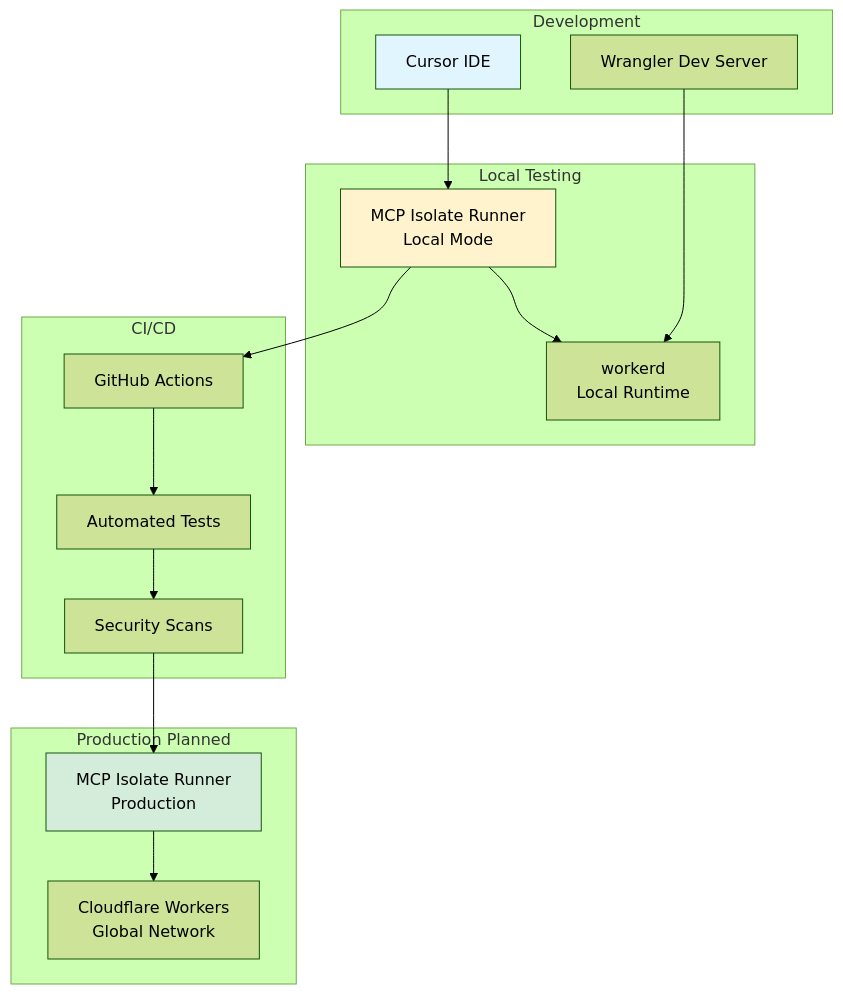
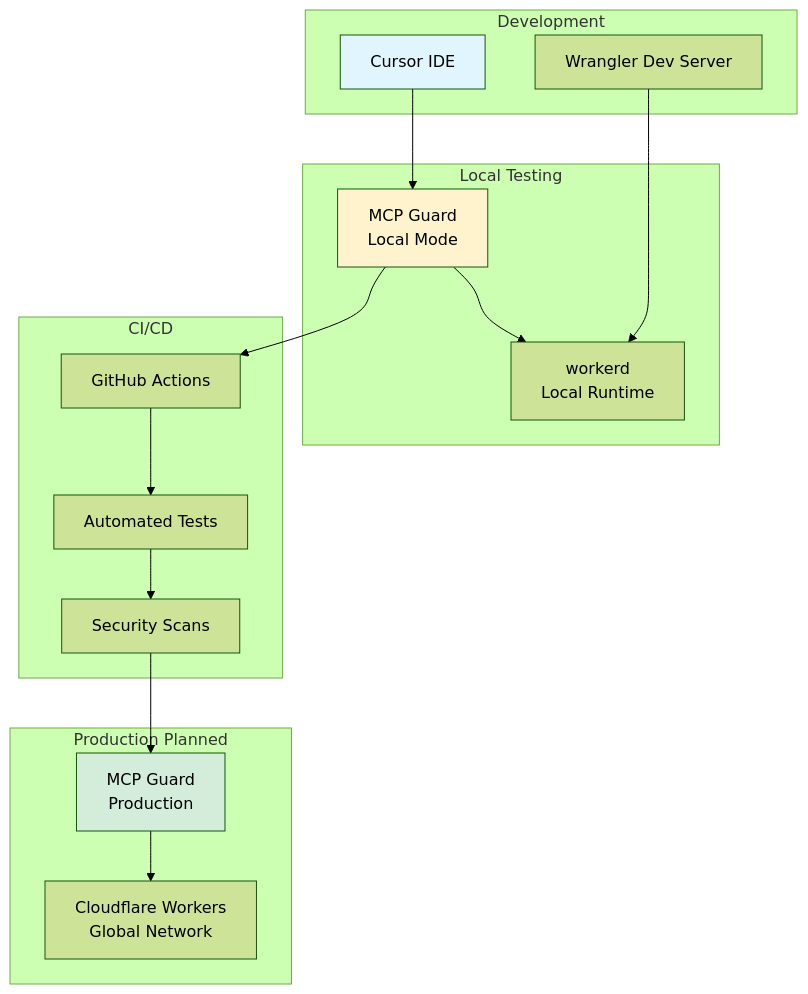
One commit to jgentes/mcpflare changed the seventh of 8 diagrams in ARCHITECTURE_DIAGRAMS.md. Above: the diagram before and after it, drawn with Mermaid (forest theme). The commit also changed other lines of this file and 14 other files, not shown here.

First line of the commit message:
Rename project to MCP Guard

````diff
--- a/ARCHITECTURE_DIAGRAMS.md
+++ b/ARCHITECTURE_DIAGRAMS.md
@@ -245,37 +245,37 @@
 ```mermaid
 graph TB
     subgraph "Development"
         DevCursor[Cursor IDE]
         DevWrangler[Wrangler Dev Server]
     end
     
     subgraph "Local Testing"
-        LocalMCP[MCP Isolate Runner<br/>Local Mode]
+        LocalMCP[MCP Guard<br/>Local Mode]
         LocalWorker[workerd<br/>Local Runtime]
     end
     
     subgraph "CI/CD"
         GitHub[GitHub Actions]
         Tests[Automated Tests]
         Security[Security Scans]
     end
     
     subgraph "Production Planned"
-        ProdMCP[MCP Isolate Runner<br/>Production]
+        ProdMCP[MCP Guard<br/>Production]
         CloudflareWorkers[Cloudflare Workers<br/>Global Network]
     end
     
     DevCursor --> LocalMCP
     DevWrangler --> LocalWorker
     LocalMCP --> LocalWorker
     
     LocalMCP --> GitHub
     GitHub --> Tests
     Tests --> Security
     Security --> ProdMCP
     ProdMCP --> CloudflareWorkers
     
     style DevCursor fill:#e1f5ff
     style LocalMCP fill:#fff3cd
     style ProdMCP fill:#d4edda
 ```
````
